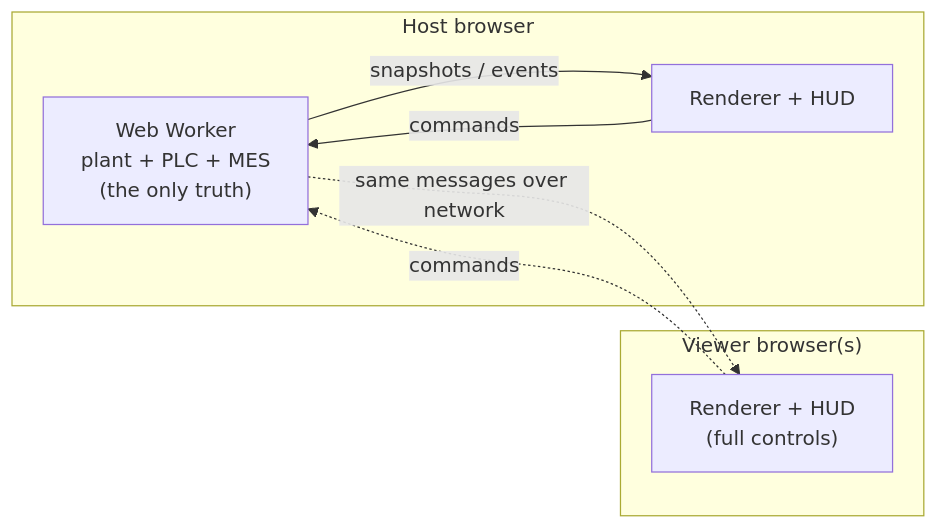
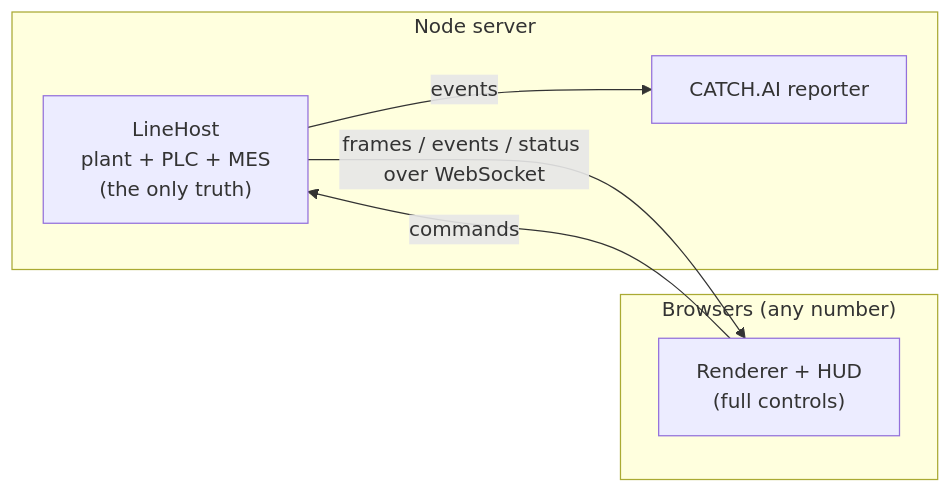
One commit to jborch/simulator-ball changed the sixth of 6 diagrams in docs/PLAN.md. Above: the diagram before and after it, drawn with Mermaid. The commit also changed other lines of this file and 25 other files, not shown here.

First line of the commit message:
Run the simulation on the server and stream it to browsers over WebSocket

````diff
--- a/docs/PLAN.md
+++ b/docs/PLAN.md
@@ -294,14 +295,13 @@
 ```mermaid
 flowchart LR
-    subgraph Host["Host browser"]
-        W["Web Worker<br/>plant + PLC + MES<br/>(the only truth)"]
-        R1["Renderer + HUD"]
-        W -- snapshots / events --> R1
-        R1 -- commands --> W
+    subgraph Server["Node server"]
+        S["LineHost<br/>plant + PLC + MES<br/>(the only truth)"]
+        C["CATCH.AI reporter"]
+        S -- events --> C
     end
-    subgraph Viewer["Viewer browser(s)"]
-        R2["Renderer + HUD<br/>(full controls)"]
+    subgraph Viewers["Browsers (any number)"]
+        R["Renderer + HUD<br/>(full controls)"]
     end
-    W -. same messages over network .-> R2
-    R2 -. commands .-> W
+    S -- frames / events / status over WebSocket --> R
+    R -- commands --> S
 ```
````
